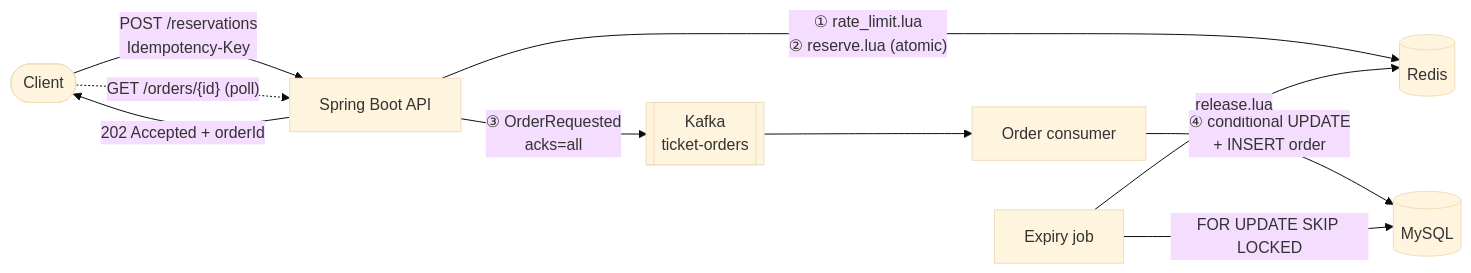
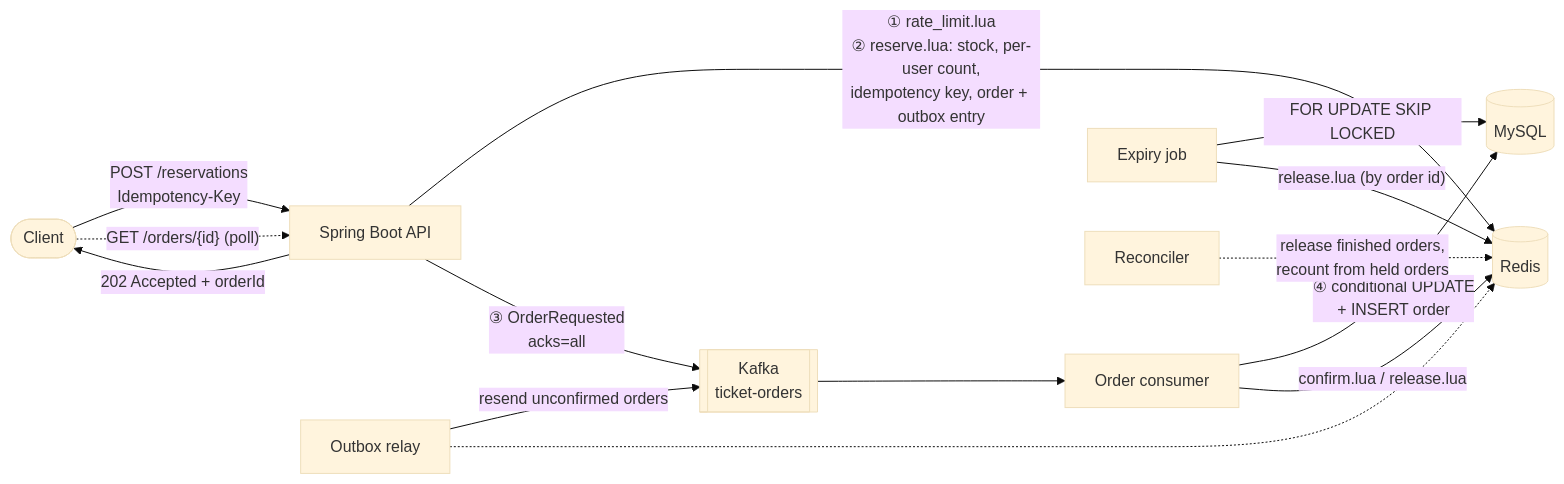
The diagram in README.md (Lovio-Huang/ticketrush), drawn with Mermaid (base theme) before and after one commit. The commit also changed other lines of this file and 2 other files, not shown here.

First line of the commit message:
docs: separate request and order-pipeline throughput in the load test

````diff
--- a/README.md
+++ b/README.md
@@ -32,12 +41,16 @@
 ```mermaid
 flowchart LR
     C([Client]) -->|"POST /reservations<br/>Idempotency-Key"| API[Spring Boot API]
-    API -->|"① rate_limit.lua<br/>② reserve.lua (atomic)"| R[(Redis)]
+    API -->|"① rate_limit.lua<br/>② reserve.lua: stock, per-user count,<br/>idempotency key, order + outbox entry"| R[(Redis)]
     API -->|"③ OrderRequested<br/>acks=all"| K[[Kafka<br/>ticket-orders]]
     API -->|"202 Accepted + orderId"| C
     K --> W[Order consumer]
     W -->|"④ conditional UPDATE<br/>+ INSERT order"| DB[(MySQL)]
+    W -->|"confirm.lua / release.lua"| R
+    O[Outbox relay] -->|"resend unconfirmed orders"| K
+    O -.-> R
     J[Expiry job] -->|"FOR UPDATE SKIP LOCKED"| DB
-    J -->|release.lua| R
+    J -->|"release.lua (by order id)"| R
+    X[Reconciler] -.->|"release finished orders,<br/>recount from held orders"| R
     C -.->|"GET /orders/{id} (poll)"| API
 ```
````
